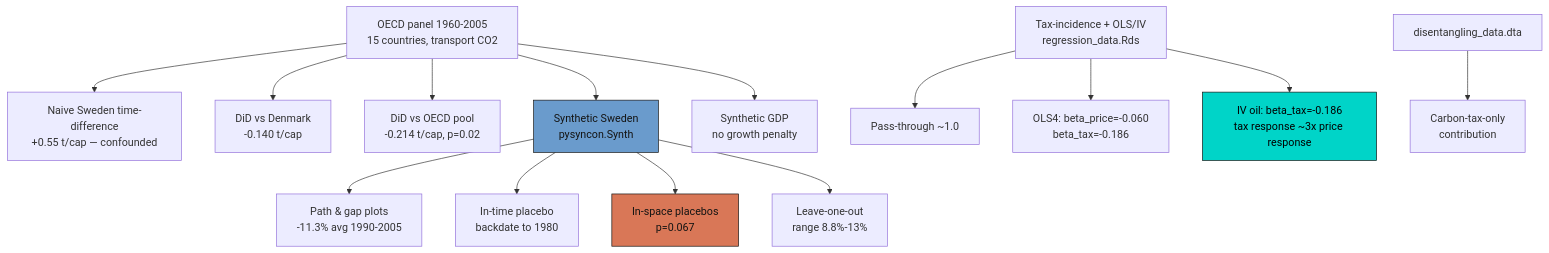
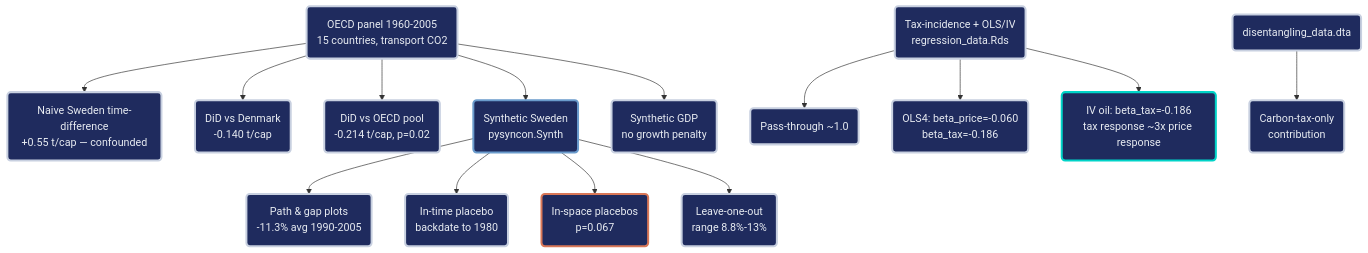
One commit to cmg777/starter-academic-v501 changed the diagram in content/post/python_sc_co2tax/index.md. Above: the diagram before and after it, drawn with Mermaid. The commit also changed 9 other files, not shown here.

First line of the commit message:
content(mermaid): restyle flowcharts in Python posts, batch 2 of 2

````diff
--- a/content/post/python_sc_co2tax/index.md
+++ b/content/post/python_sc_co2tax/index.md
@@ -121,19 +121,24 @@
 ```mermaid
 graph TD
-    A["OECD panel 1960-2005<br/>15 countries, transport CO2"] --> B["Naive Sweden time-difference<br/>+0.55 t/cap — confounded"]
-    A --> C["DiD vs Denmark<br/>-0.140 t/cap"]
-    A --> D["DiD vs OECD pool<br/>-0.214 t/cap, p=0.02"]
-    A --> E["Synthetic Sweden<br/>pysyncon.Synth"]
-    E --> F["Path &amp; gap plots<br/>-11.3% avg 1990-2005"]
-    E --> G["In-time placebo<br/>backdate to 1980"]
-    E --> H["In-space placebos<br/>p=0.067"]
-    E --> I["Leave-one-out<br/>range 8.8%-13%"]
-    A --> J["Synthetic GDP<br/>no growth penalty"]
-    K["Tax-incidence + OLS/IV<br/>regression_data.Rds"] --> L["Pass-through ~1.0"]
-    K --> M["OLS4: beta_price=-0.060<br/>beta_tax=-0.186"]
-    K --> N["IV oil: beta_tax=-0.186<br/>tax response ~3x price response"]
-    O["disentangling_data.dta"] --> P["Carbon-tax-only<br/>contribution"]
-    style E fill:#6a9bcc,stroke:#141413,color:#141413
-    style H fill:#d97757,stroke:#141413,color:#141413
-    style N fill:#00d4c8,stroke:#141413,color:#000
+    A("OECD panel 1960-2005<br/>15 countries, transport CO2") --> B("Naive Sweden time-difference<br/>+0.55 t/cap — confounded")
+    A --> C("DiD vs Denmark<br/>-0.140 t/cap")
+    A --> D("DiD vs OECD pool<br/>-0.214 t/cap, p=0.02")
+    A --> E("Synthetic Sweden<br/>pysyncon.Synth")
+    E --> F("Path &amp; gap plots<br/>-11.3% avg 1990-2005")
+    E --> G("In-time placebo<br/>backdate to 1980")
+    E --> H("In-space placebos<br/>p=0.067")
+    E --> I("Leave-one-out<br/>range 8.8%-13%")
+    A --> J("Synthetic GDP<br/>no growth penalty")
+    K("Tax-incidence + OLS/IV<br/>regression_data.Rds") --> L("Pass-through ~1.0")
+    K --> M("OLS4: beta_price=-0.060<br/>beta_tax=-0.186")
+    K --> N("IV oil: beta_tax=-0.186<br/>tax response ~3x price response")
+    O("disentangling_data.dta") --> P("Carbon-tax-only<br/>contribution")
+    classDef gray fill:#1f2b5e,stroke:#c8d0e0,stroke-width:3px,color:#e8ecf2
+    classDef blue fill:#1f2b5e,stroke:#6a9bcc,stroke-width:3px,color:#e8ecf2
+    classDef orange fill:#1f2b5e,stroke:#d97757,stroke-width:3px,color:#e8ecf2
+    classDef teal fill:#1f2b5e,stroke:#00d4c8,stroke-width:3px,color:#e8ecf2
+    class A,B,C,D,F,G,I,J,K,L,M,O,P gray
+    class E blue
+    class H orange
+    class N teal
 ```
````
